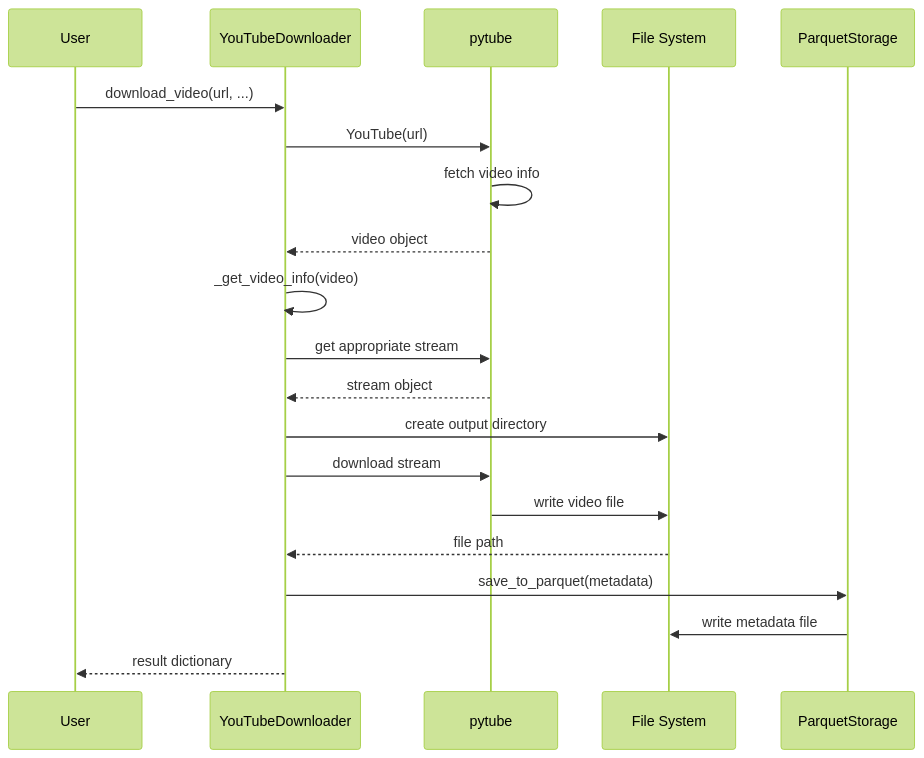
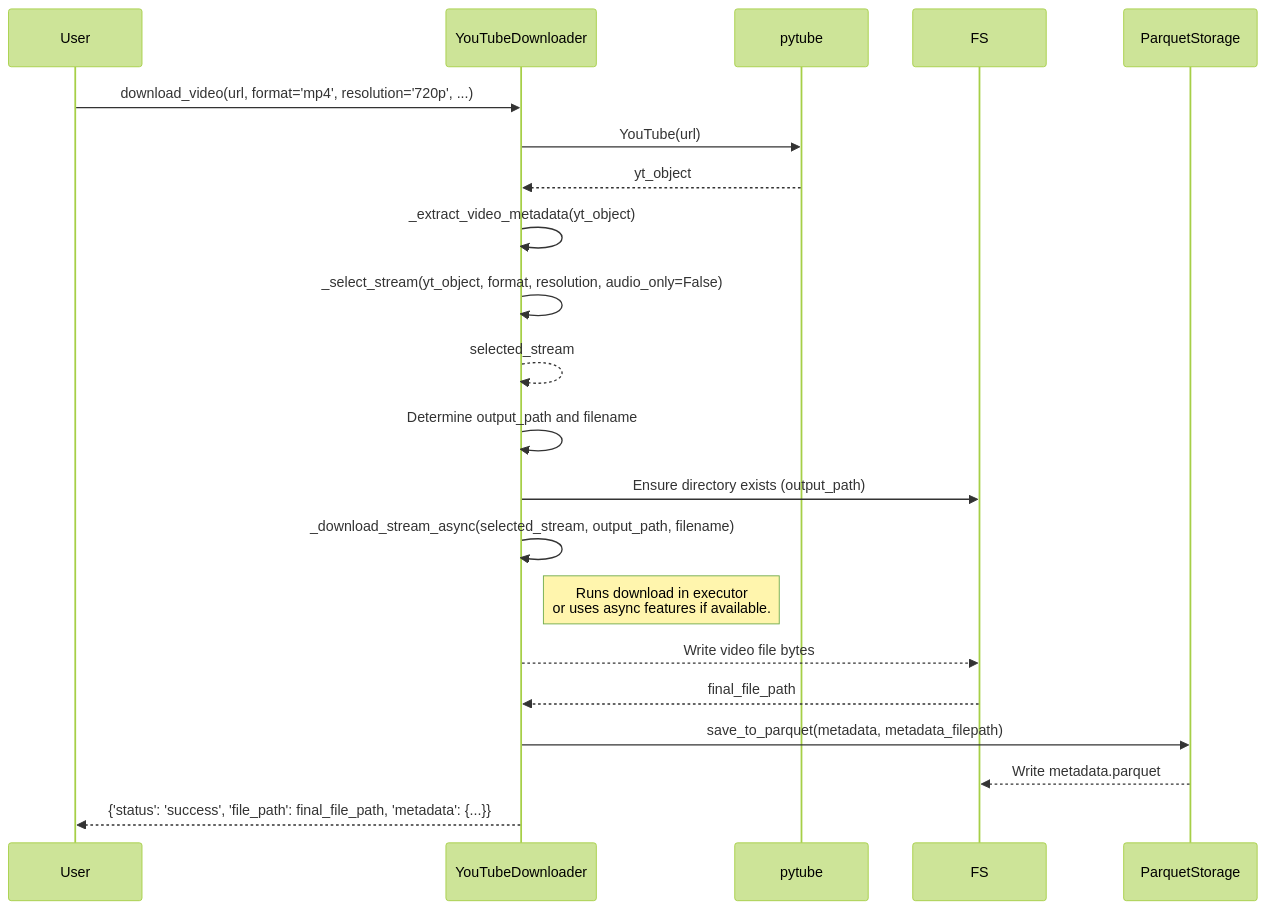
One commit to Ollama-Agent-Roll-Cage/oarc-crawlers changed the fifth of 25 diagrams in docs/Crawlers.md. Above: the diagram before and after it, drawn with Mermaid (forest theme). The commit also changed other lines of this file and 9 other files, not shown here.

````diff
--- a/docs/Crawlers.md
+++ b/docs/Crawlers.md
@@ -189,27 +198,24 @@
 ```mermaid
 sequenceDiagram
     participant User
     participant YTD as YouTubeDownloader
-    participant PT as pytube
-    participant FS as File System
-    participant PS as ParquetStorage
-    
-    User->>YTD: download_video(url, ...)
-    YTD->>PT: YouTube(url)
-    PT->>PT: fetch video info
-    PT-->>YTD: video object
-    
-    YTD->>YTD: _get_video_info(video)
-    YTD->>PT: get appropriate stream
-    PT-->>YTD: stream object
-    
-    YTD->>FS: create output directory
-    YTD->>PT: download stream
-    PT->>FS: write video file
-    FS-->>YTD: file path
-    
-    YTD->>PS: save_to_parquet(metadata)
-    PS->>FS: write metadata file
-    
-    YTD-->>User: result dictionary
+    participant PytubeLib as pytube
+    participant FileSystem as FS
+    participant ParquetStore as ParquetStorage
+
+    User->>YTD: download_video(url, format='mp4', resolution='720p', ...)
+    YTD->>PytubeLib: YouTube(url)
+    PytubeLib-->>YTD: yt_object
+    YTD->>YTD: _extract_video_metadata(yt_object)
+    YTD->>YTD: _select_stream(yt_object, format, resolution, audio_only=False)
+    YTD-->>YTD: selected_stream
+    YTD->>YTD: Determine output_path and filename
+    YTD->>FileSystem: Ensure directory exists (output_path)
+    YTD->>YTD: _download_stream_async(selected_stream, output_path, filename)
+    Note right of YTD: Runs download in executor<br/>or uses async features if available.
+    YTD-->>FileSystem: Write video file bytes
+    FileSystem-->>YTD: final_file_path
+    YTD->>ParquetStore: save_to_parquet(metadata, metadata_filepath)
+    ParquetStore-->>FileSystem: Write metadata.parquet
+    YTD-->>User: {'status': 'success', 'file_path': final_file_path, 'metadata': {...}}
 ```
````
